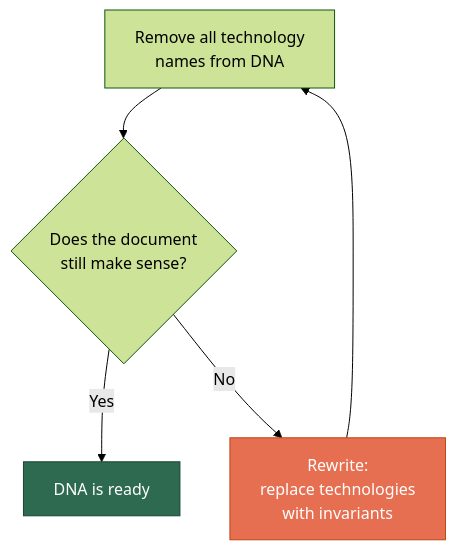
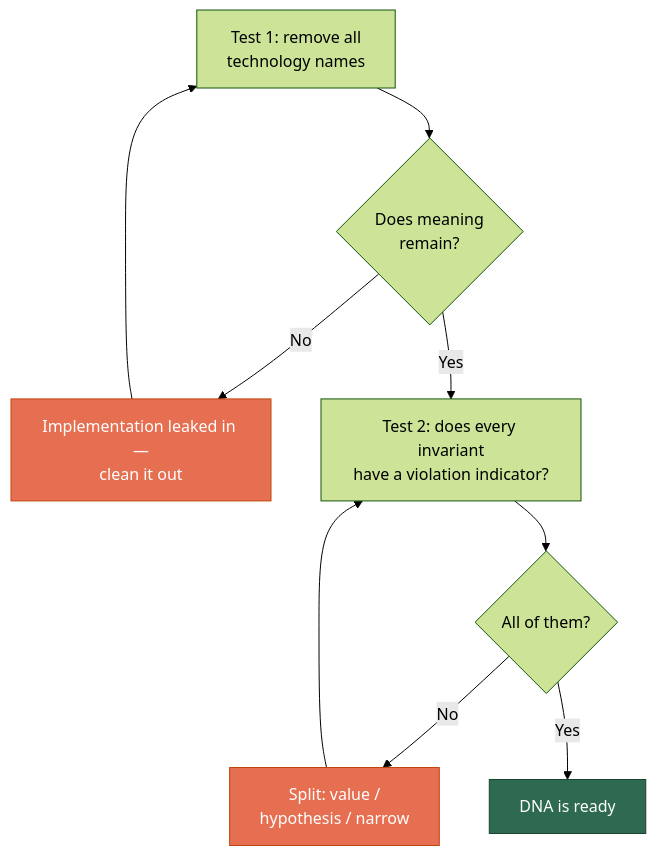
Before and after one commit to SizovOleg/project-dna: the first of 2 diagrams in docs/quickstart-en.md, drawn with Mermaid (forest theme). The commit also changed other lines of this file and 9 other files, not shown here.

````diff
--- a/docs/quickstart-en.md
+++ b/docs/quickstart-en.md
@@ -79,11 +124,18 @@
 ```mermaid
 flowchart TD
-    CHECK["Remove all technology<br/>names from DNA"]
-    CHECK --> Q{"Does the document<br/>still make sense?"}
-    Q -->|Yes| OK["DNA is ready"]
-    Q -->|No| FIX["Rewrite:<br/>replace technologies<br/>with invariants"]
-    FIX --> CHECK
-    
+    T1["Test 1: remove all<br/>technology names"]
+    T1 --> Q1{"Does meaning<br/>remain?"}
+    Q1 -->|"No"| F1["Implementation leaked in —<br/>clean it out"]
+    Q1 -->|"Yes"| T2["Test 2: does every invariant<br/>have a violation indicator?"]
+
+    T2 --> Q2{"All of them?"}
+    Q2 -->|"No"| F2["Split: value /<br/>hypothesis / narrow"]
+    Q2 -->|"Yes"| OK["DNA is ready"]
+
+    F1 --> T1
+    F2 --> T2
+
     style OK fill:#2d6a4f,stroke:#1b4332,color:#fff
-    style FIX fill:#e76f51,stroke:#c1440e,color:#fff
+    style F1 fill:#e76f51,stroke:#c1440e,color:#fff
+    style F2 fill:#e76f51,stroke:#c1440e,color:#fff
 ```
````
